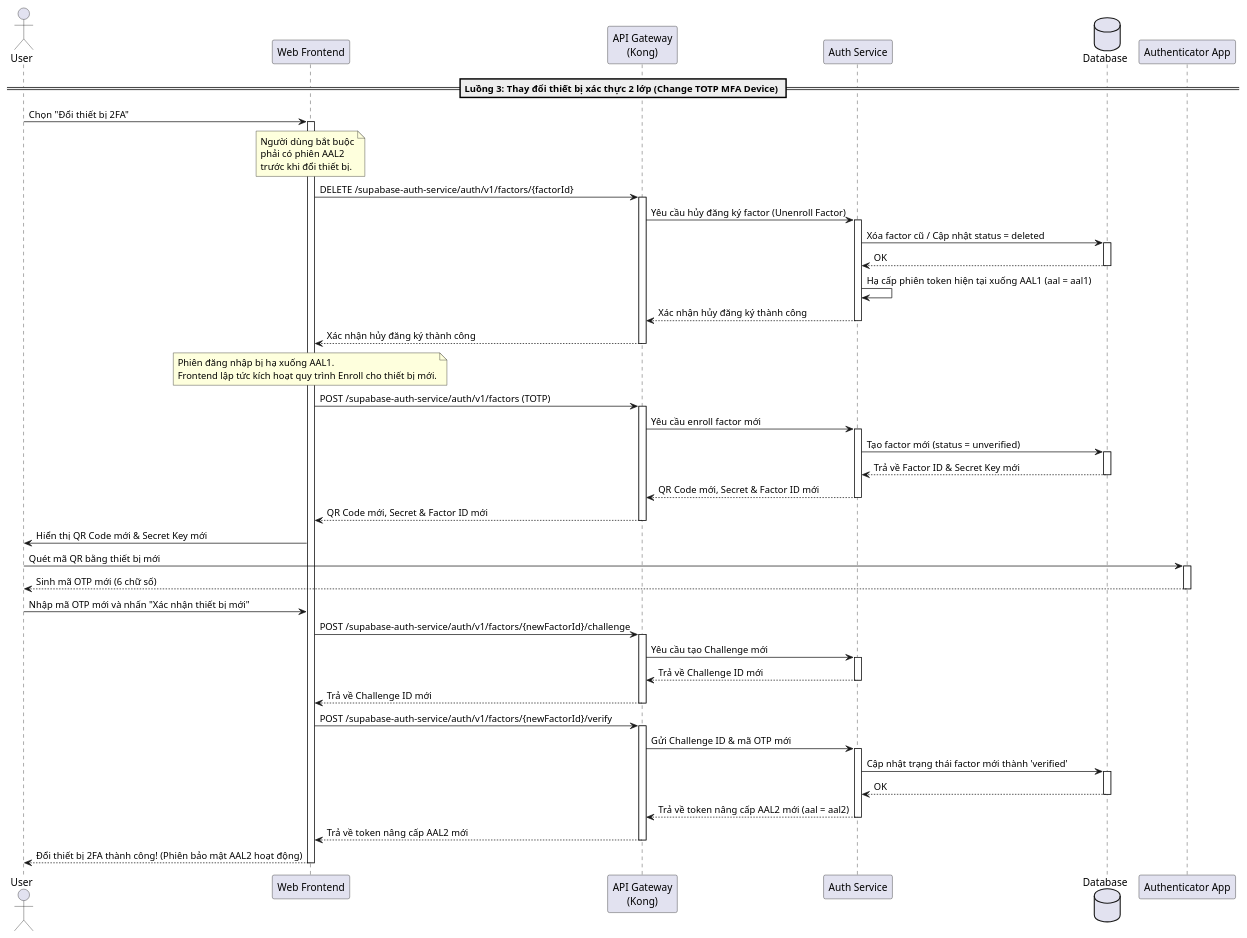
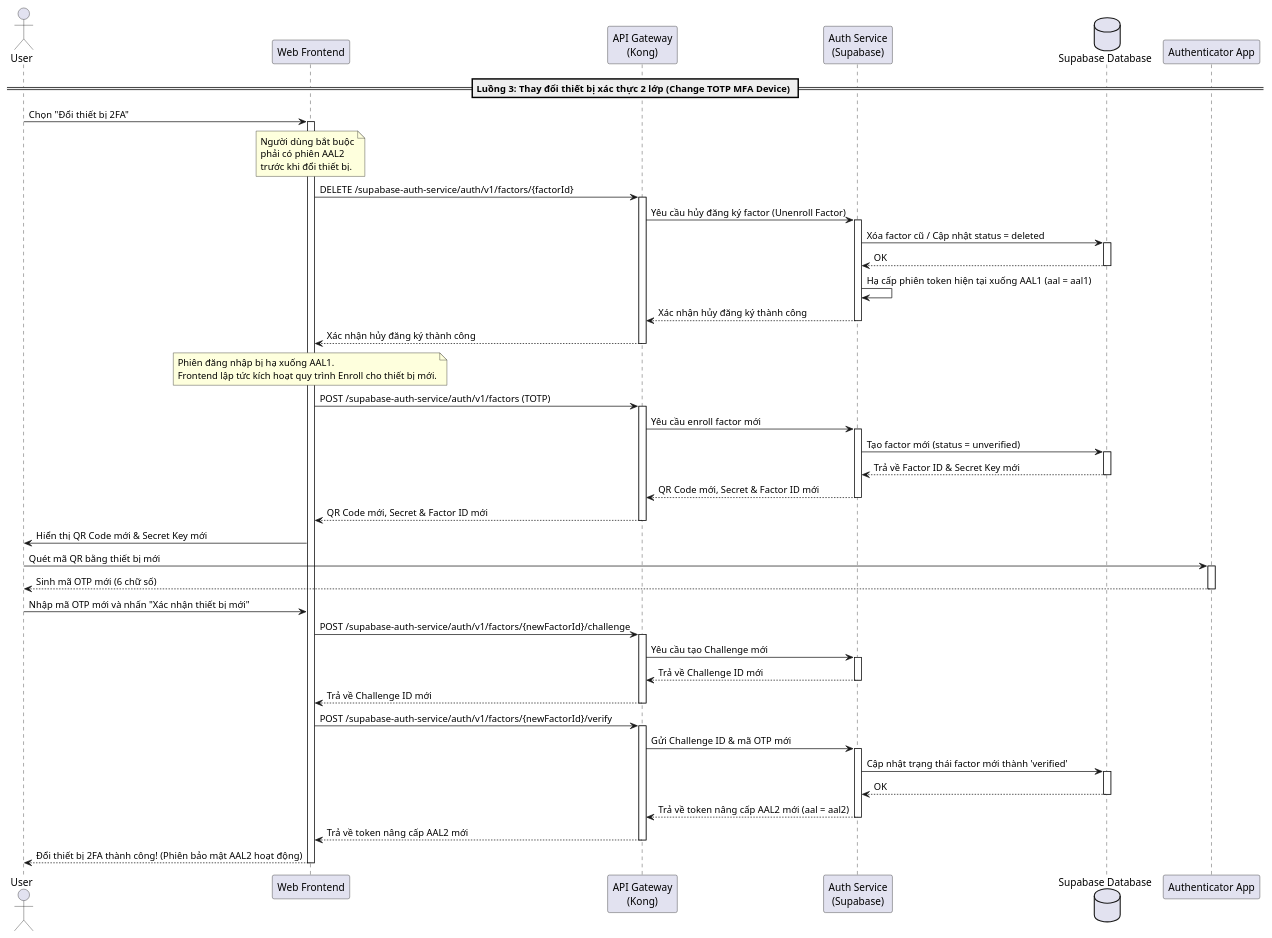
Before and after one commit to 20206205Tech/docs-uml: the diagram in temp/05-sequence/UML-Sequence-09.puml, drawn with PlantUML. The commit also changed 37 other files, not shown here.

```diff
--- a/temp/05-sequence/UML-Sequence-09.puml
+++ b/temp/05-sequence/UML-Sequence-09.puml
@@ -1,75 +1,75 @@
 @startuml
 actor "User" as User
 participant "Web Frontend" as Frontend
 participant "API Gateway\n(Kong)" as Kong
-participant "Auth Service" as AuthService
-database "Database" as DB
+participant "Auth Service\n(Supabase)" as AuthService
+database "Supabase Database" as DB
 participant "Authenticator App" as AuthApp
 
 == Luồng 3: Thay đổi thiết bị xác thực 2 lớp (Change TOTP MFA Device) ==
 User -> Frontend: Chọn "Đổi thiết bị 2FA"
 activate Frontend
 
 note over Frontend: Người dùng bắt buộc\nphải có phiên AAL2\ntrước khi đổi thiết bị.
 
 Frontend -> Kong: DELETE /supabase-auth-service/auth/v1/factors/{factorId}
 activate Kong
 Kong -> AuthService: Yêu cầu hủy đăng ký factor (Unenroll Factor)
 activate AuthService
 AuthService -> DB: Xóa factor cũ / Cập nhật status = deleted
 activate DB
 DB --> AuthService: OK
 deactivate DB
 AuthService -> AuthService: Hạ cấp phiên token hiện tại xuống AAL1 (aal = aal1)
 AuthService --> Kong: Xác nhận hủy đăng ký thành công
 deactivate AuthService
 Kong --> Frontend: Xác nhận hủy đăng ký thành công
 deactivate Kong
 
 note over Frontend: Phiên đăng nhập bị hạ xuống AAL1.\nFrontend lập tức kích hoạt quy trình Enroll cho thiết bị mới.
 
 Frontend -> Kong: POST /supabase-auth-service/auth/v1/factors (TOTP)
 activate Kong
 Kong -> AuthService: Yêu cầu enroll factor mới
 activate AuthService
 AuthService -> DB: Tạo factor mới (status = unverified)
 activate DB
 DB --> AuthService: Trả về Factor ID & Secret Key mới
 deactivate DB
 AuthService --> Kong: QR Code mới, Secret & Factor ID mới
 deactivate AuthService
 Kong --> Frontend: QR Code mới, Secret & Factor ID mới
 deactivate Kong
 
 Frontend -> User: Hiển thị QR Code mới & Secret Key mới
 User -> AuthApp: Quét mã QR bằng thiết bị mới
 activate AuthApp
 AuthApp --> User: Sinh mã OTP mới (6 chữ số)
 deactivate AuthApp
 
 User -> Frontend: Nhập mã OTP mới và nhấn "Xác nhận thiết bị mới"
 Frontend -> Kong: POST /supabase-auth-service/auth/v1/factors/{newFactorId}/challenge
 activate Kong
 Kong -> AuthService: Yêu cầu tạo Challenge mới
 activate AuthService
 AuthService --> Kong: Trả về Challenge ID mới
 deactivate AuthService
 Kong --> Frontend: Trả về Challenge ID mới
 deactivate Kong
 
 Frontend -> Kong: POST /supabase-auth-service/auth/v1/factors/{newFactorId}/verify
 activate Kong
 Kong -> AuthService: Gửi Challenge ID & mã OTP mới
 activate AuthService
 AuthService -> DB: Cập nhật trạng thái factor mới thành 'verified'
 activate DB
 DB --> AuthService: OK
 deactivate DB
 AuthService --> Kong: Trả về token nâng cấp AAL2 mới (aal = aal2)
 deactivate AuthService
 Kong --> Frontend: Trả về token nâng cấp AAL2 mới
 deactivate Kong
 
 Frontend --> User: Đổi thiết bị 2FA thành công! (Phiên bảo mật AAL2 hoạt động)
 deactivate Frontend
 @enduml
```
